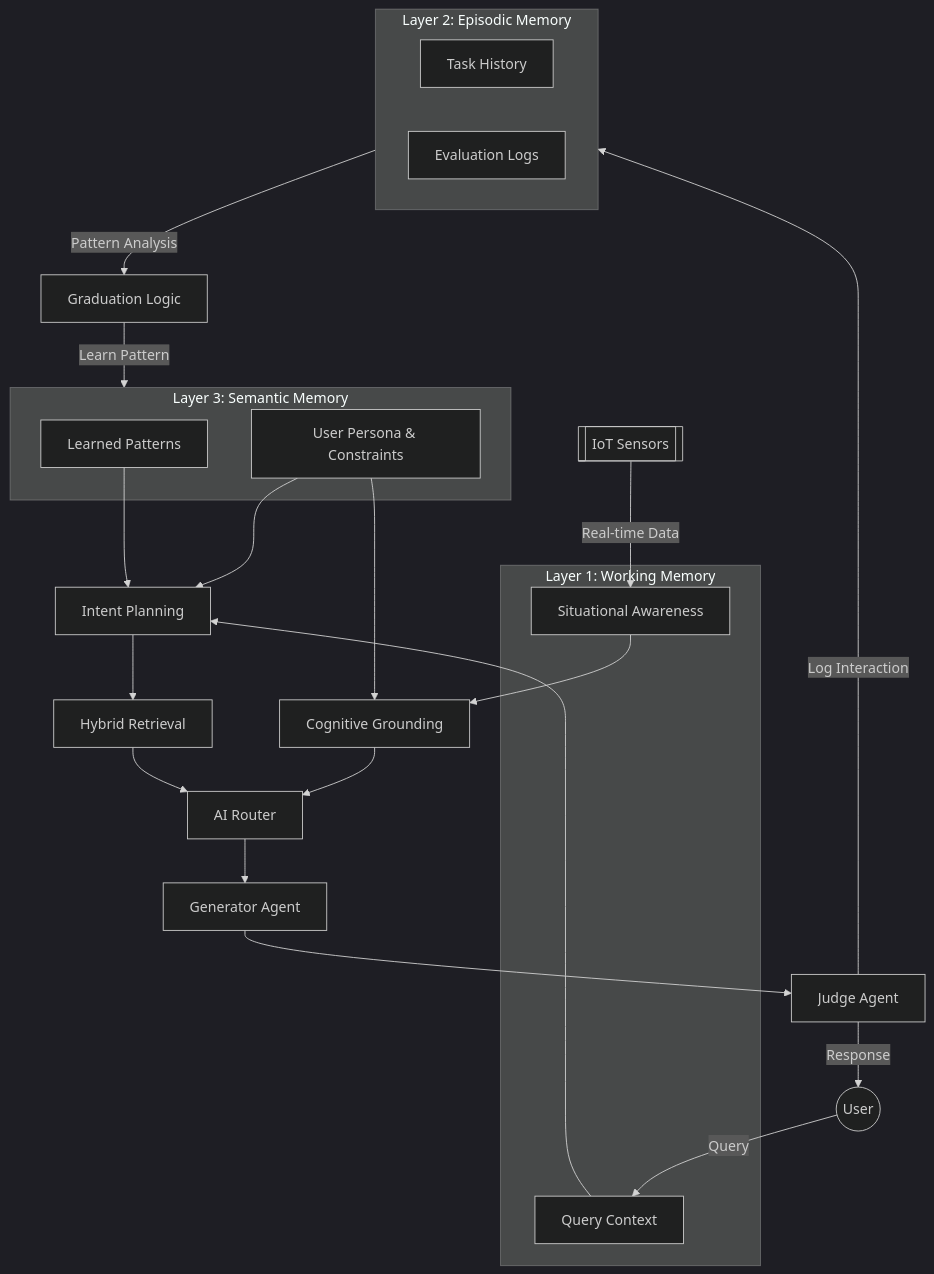
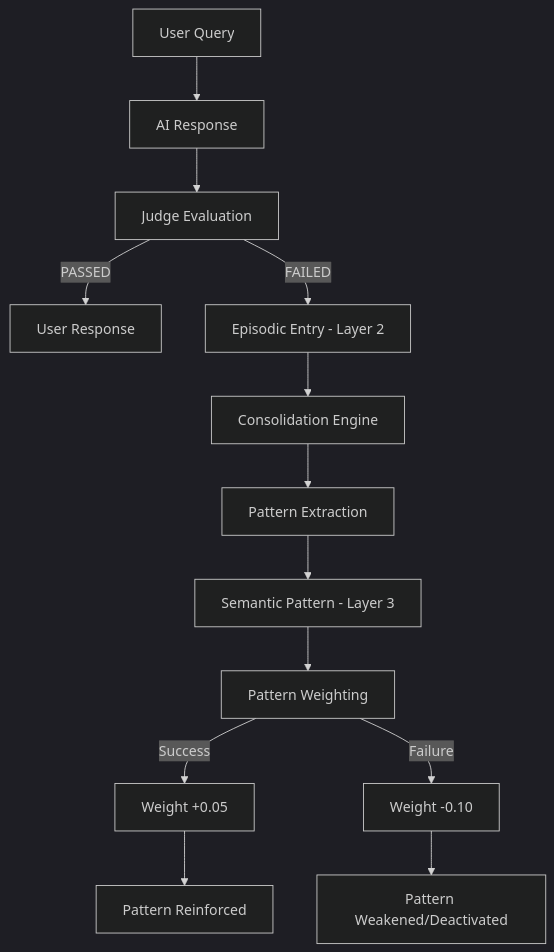
The diagram in README.md (rajinderjhol/PersonaVault_Private), drawn with Mermaid (dark theme) before and after one commit. The commit also changed other lines of this file and 25 other files, not shown here.

Commit message:
Update swarm architecture with real-time agent status tracking and dashboard auto-refresh

````diff
--- a/README.md
+++ b/README.md
@@ -25,35 +35,15 @@
 ```mermaid
 graph TD
-    subgraph Layer1 [Layer 1: Working Memory]
-        QC[Query Context]
-        SA[Situational Awareness]
-    end
-
-    subgraph Layer2 [Layer 2: Episodic Memory]
-        TH[Task History]
-        IE[Evaluation Logs]
-    end
-
-    subgraph Layer3 [Layer 3: Semantic Memory]
-        LP[Learned Patterns]
-        UC[User Persona & Constraints]
-    end
-
-    User((User)) -- "Query" --> QC
-    IoT[[IoT Sensors]] -- "Real-time Data" --> SA
-
-    QC & LP & UC --> Planning[Intent Planning]
-    Planning --> Retrieval[Hybrid Retrieval]
-    
-    SA & UC --> Grounding[Cognitive Grounding]
-    
-    Retrieval & Grounding --> Router[AI Router]
-    Router --> Generator[Generator Agent]
-    
-    Generator --> Judge[Judge Agent]
-    Judge -- "Response" --> User
-    
-    Judge -- "Log Interaction" --> Layer2
-    Layer2 -- "Pattern Analysis" --> Graduation[Graduation Logic]
-    Graduation -- "Learn Pattern" --> Layer3
+    A[User Query] --> B[AI Response]
+    B --> C[Judge Evaluation]
+    C -->|PASSED| D[User Response]
+    C -->|FAILED| E[Episodic Entry - Layer 2]
+    E --> F[Consolidation Engine]
+    F --> G[Pattern Extraction]
+    G --> H[Semantic Pattern - Layer 3]
+    H --> I[Pattern Weighting]
+    I -->|Success| J[Weight +0.05]
+    I -->|Failure| K[Weight -0.10]
+    J --> L[Pattern Reinforced]
+    K --> M[Pattern Weakened/Deactivated]
 ```
````
